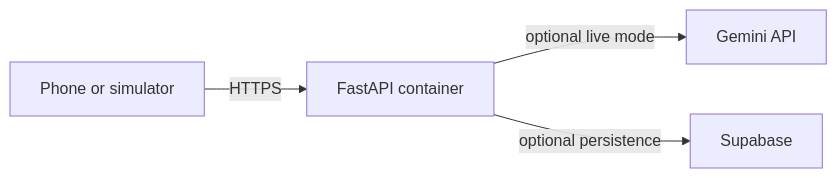
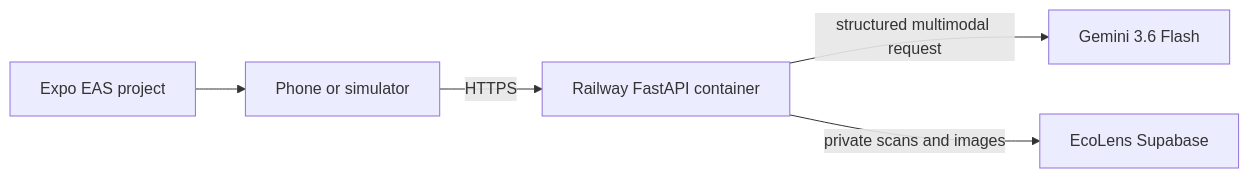
Before and after one commit to TrulyyGold/EcoLens: the third of 3 diagrams in docs/architecture.md, drawn with Mermaid. The commit also changed other lines of this file and 10 other files, not shown here.

Commit message:
docs: record live deployment and link Expo project

````diff
--- a/docs/architecture.md
+++ b/docs/architecture.md
@@ -322,6 +322,7 @@
 ```mermaid
 flowchart LR
-    PHONE[Phone or simulator] -->|HTTPS| HOST[FastAPI container]
-    HOST -->|optional live mode| GEMINI[Gemini API]
-    HOST -->|optional persistence| SUPA[Supabase]
+    EXPO[Expo EAS project] --> PHONE[Phone or simulator]
+    PHONE -->|HTTPS| HOST[Railway FastAPI container]
+    HOST -->|structured multimodal request| GEMINI[Gemini 3.6 Flash]
+    HOST -->|private scans and images| SUPA[EcoLens Supabase]
 ```
````
